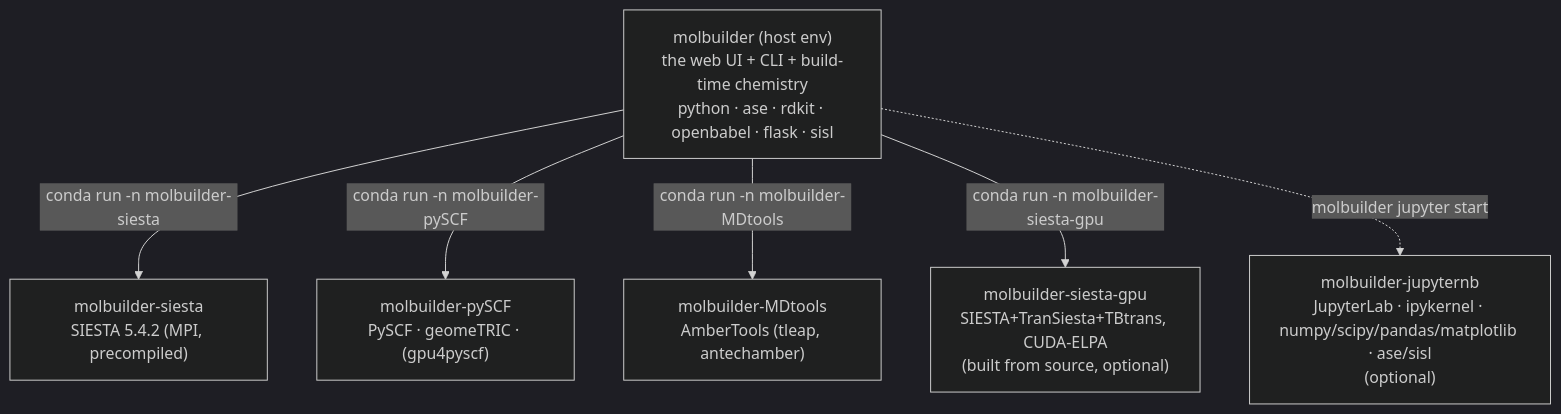
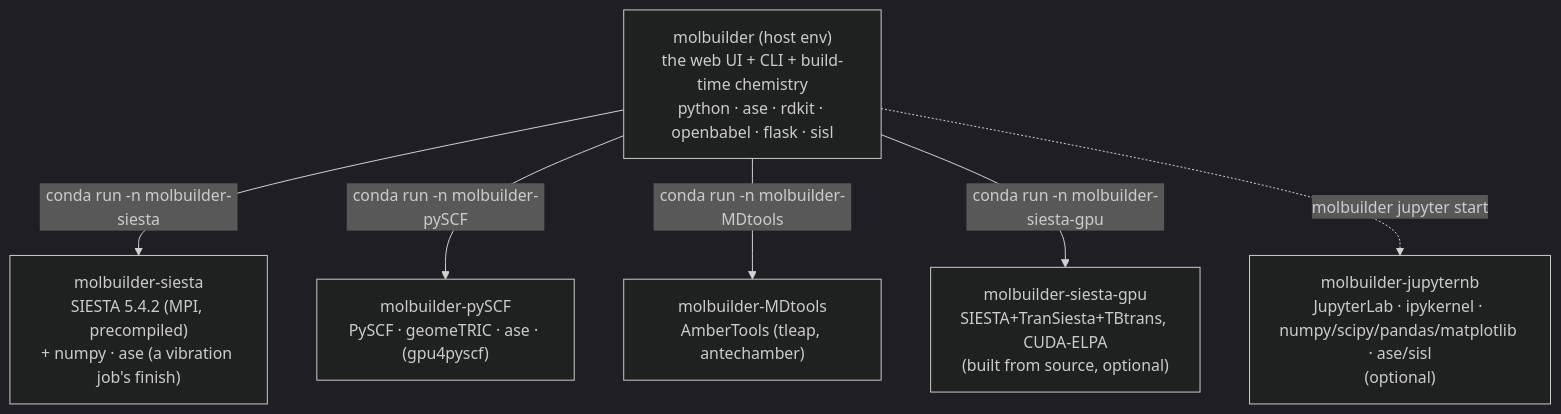
One commit to Qing-LAB/molbuilder changed the diagram in docs/ops/installation.md. Above: the diagram before and after it, drawn with Mermaid (dark theme). The commit also changed other lines of this file and 31 other files, not shown here.

````diff
--- a/docs/ops/installation.md
+++ b/docs/ops/installation.md
@@ -24,9 +24,9 @@
 ```mermaid
 flowchart TD
   HOST["molbuilder (host env)<br/>the web UI + CLI + build-time chemistry<br/>python · ase · rdkit · openbabel · flask · sisl"]
-  HOST -->|"conda run -n molbuilder-siesta"| SI["molbuilder-siesta<br/>SIESTA 5.4.2 (MPI, precompiled)"]
-  HOST -->|"conda run -n molbuilder-pySCF"| PY["molbuilder-pySCF<br/>PySCF · geomeTRIC · (gpu4pyscf)"]
+  HOST -->|"conda run -n molbuilder-siesta"| SI["molbuilder-siesta<br/>SIESTA 5.4.2 (MPI, precompiled)<br/>+ numpy · ase (a vibration job's finish)"]
+  HOST -->|"conda run -n molbuilder-pySCF"| PY["molbuilder-pySCF<br/>PySCF · geomeTRIC · ase · (gpu4pyscf)"]
   HOST -->|"conda run -n molbuilder-MDtools"| MD["molbuilder-MDtools<br/>AmberTools (tleap, antechamber)"]
   HOST -->|"conda run -n molbuilder-siesta-gpu"| GPU["molbuilder-siesta-gpu<br/>SIESTA+TranSiesta+TBtrans, CUDA-ELPA<br/>(built from source, optional)"]
   HOST -.->|"molbuilder jupyter start"| NB["molbuilder-jupyternb<br/>JupyterLab · ipykernel · numpy/scipy/pandas/matplotlib · ase/sisl<br/>(optional)"]
 ```
````
